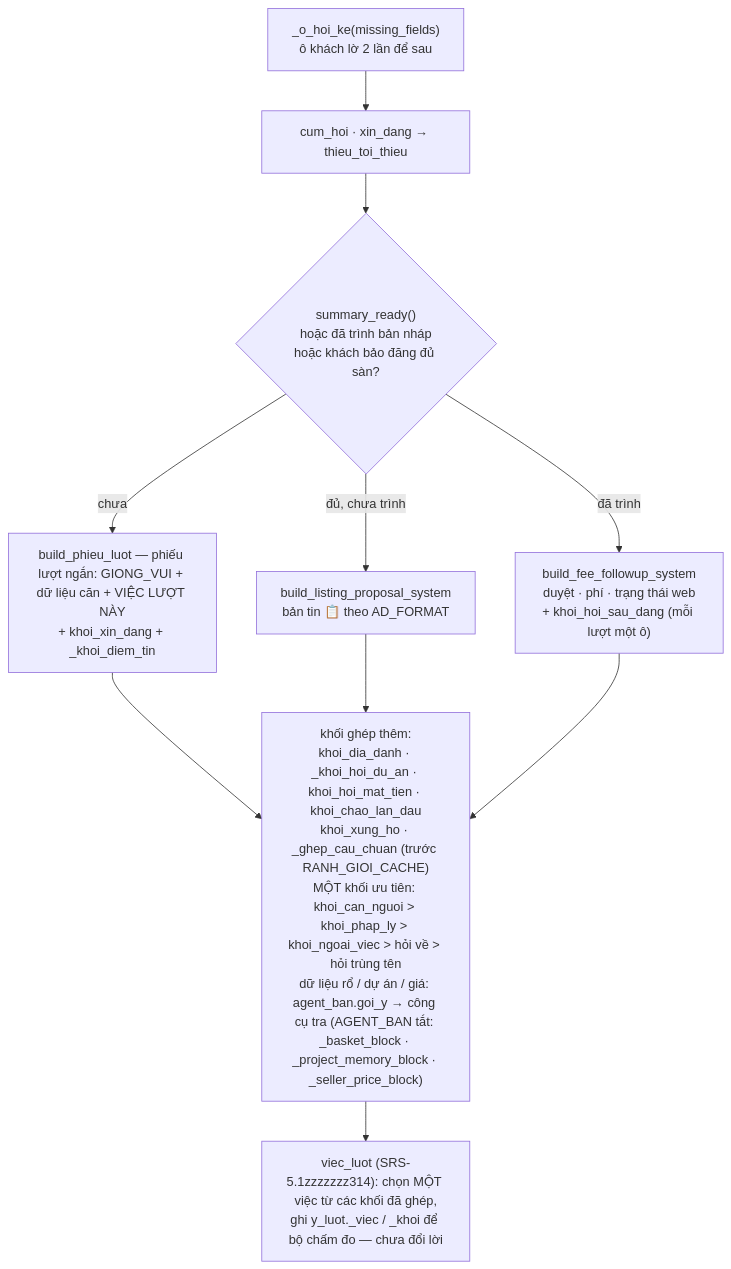
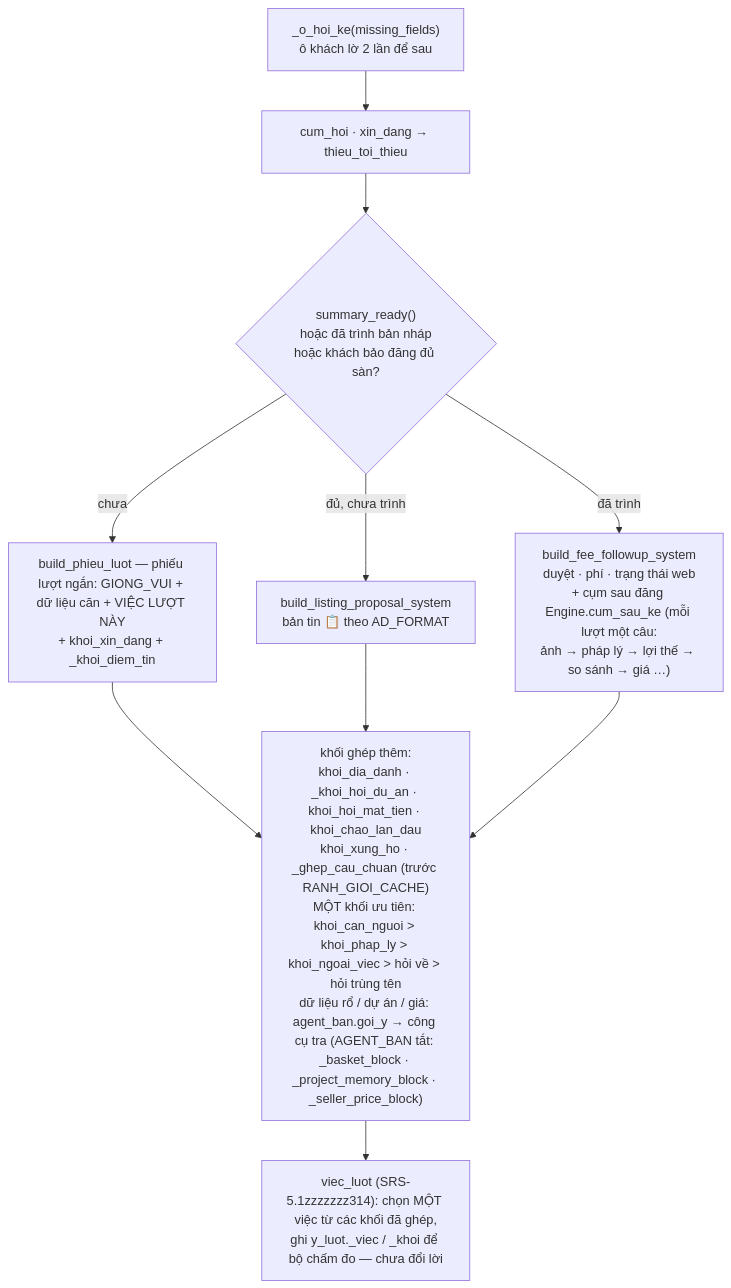
One commit to quang507/AOND changed the third of 4 diagrams in docs/13-so-do-nhan-va-boc-tach.md. Above: the diagram before and after it, drawn with Mermaid. The commit also changed other lines of this file and 5 other files, not shown here.

````diff
--- a/docs/13-so-do-nhan-va-boc-tach.md
+++ b/docs/13-so-do-nhan-va-boc-tach.md
@@ -82,10 +82,10 @@
 ```mermaid
 flowchart TD
   S0["_o_hoi_ke(missing_fields)<br/>ô khách lờ 2 lần để sau"] --> S1["cum_hoi · xin_dang → thieu_toi_thieu"]
   S1 --> S2{"summary_ready()<br/>hoặc đã trình bản nháp<br/>hoặc khách bảo đăng đủ sàn?"}
   S2 -->|chưa| C1["build_phieu_luot — phiếu lượt ngắn: GIONG_VUI + dữ liệu căn + VIỆC LƯỢT NÀY<br/>+ khoi_xin_dang + _khoi_diem_tin"]
   S2 -->|"đủ, chưa trình"| C2["build_listing_proposal_system<br/>bản tin 📋 theo AD_FORMAT"]
-  S2 -->|"đã trình"| C3["build_fee_followup_system<br/>duyệt · phí · trạng thái web<br/>+ khoi_hoi_sau_dang (mỗi lượt một ô)"]
+  S2 -->|"đã trình"| C3["build_fee_followup_system<br/>duyệt · phí · trạng thái web<br/>+ cụm sau đăng Engine.cum_sau_ke (mỗi lượt một câu:<br/>ảnh → pháp lý → lợi thế → so sánh → giá …)"]
   C1 & C2 & C3 --> K["khối ghép thêm:<br/>khoi_dia_danh · _khoi_hoi_du_an · khoi_hoi_mat_tien · khoi_chao_lan_dau<br/>khoi_xung_ho · _ghep_cau_chuan (trước RANH_GIOI_CACHE)<br/>MỘT khối ưu tiên: khoi_can_nguoi > khoi_phap_ly > khoi_ngoai_viec > hỏi về > hỏi trùng tên<br/>dữ liệu rổ / dự án / giá: agent_ban.goi_y → công cụ tra (AGENT_BAN tắt: _basket_block · _project_memory_block · _seller_price_block)"]
   K --> V["viec_luot (SRS-5.1zzzzzzz314): chọn MỘT việc từ các khối đã ghép,<br/>ghi y_luot._viec / _khoi để bộ chấm đo — chưa đổi lời"]
 ```
````
